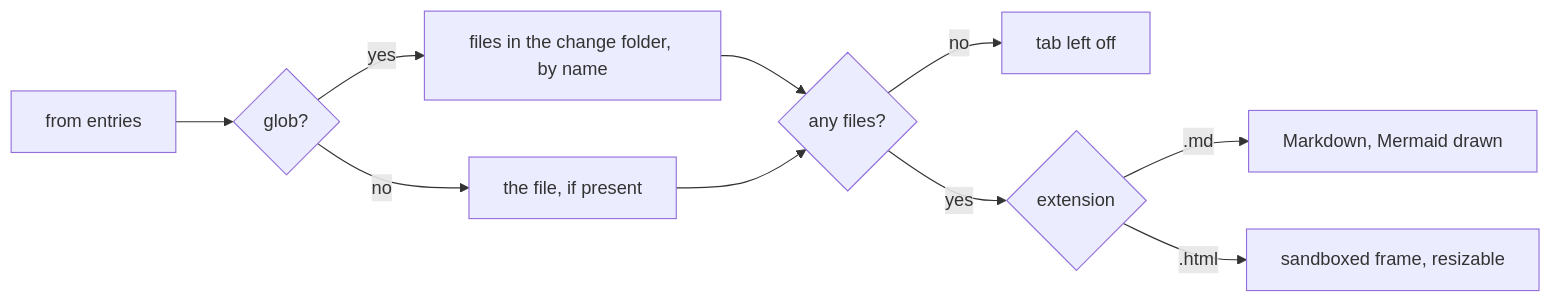
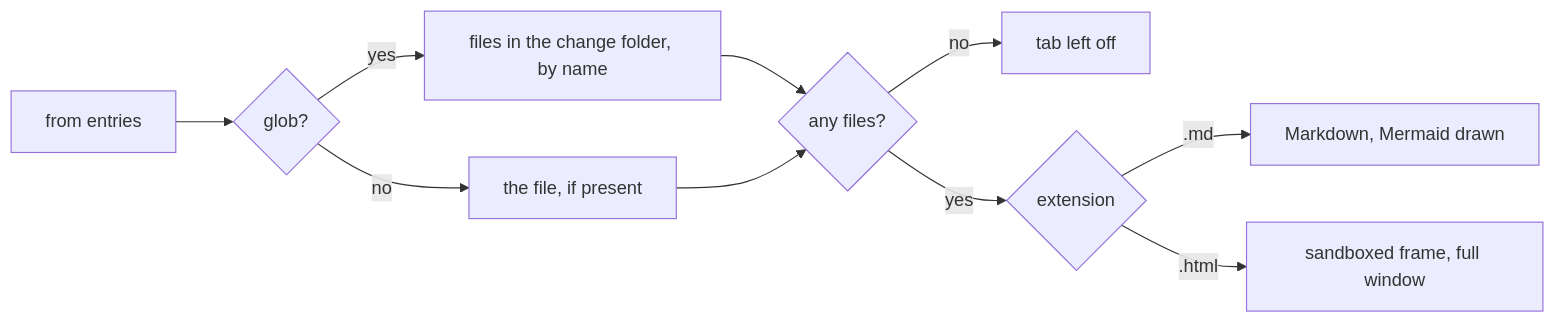
The diagram in outline-spec/changes/review-designs/diagrams.md (Videra-Health/outline-spec), drawn with Mermaid before and after one commit. The commit also changed 3 other files, not shown here.

Commit message:
Review designs: frames span the full window, with a Full screen button

````diff
--- a/outline-spec/changes/review-designs/diagrams.md
+++ b/outline-spec/changes/review-designs/diagrams.md
@@ -7,12 +7,12 @@
 ```mermaid
 flowchart LR
     from["from entries"] --> glob{"glob?"}
     glob -- yes --> match["files in the change folder, by name"]
     glob -- no --> exists["the file, if present"]
     match --> any{"any files?"}
     exists --> any
     any -- no --> drop["tab left off"]
     any -- yes --> ext{"extension"}
     ext -- ".md" --> md["Markdown, Mermaid drawn"]
-    ext -- ".html" --> frame["sandboxed frame, resizable"]
+    ext -- ".html" --> frame["sandboxed frame, full window"]
 ```
````
